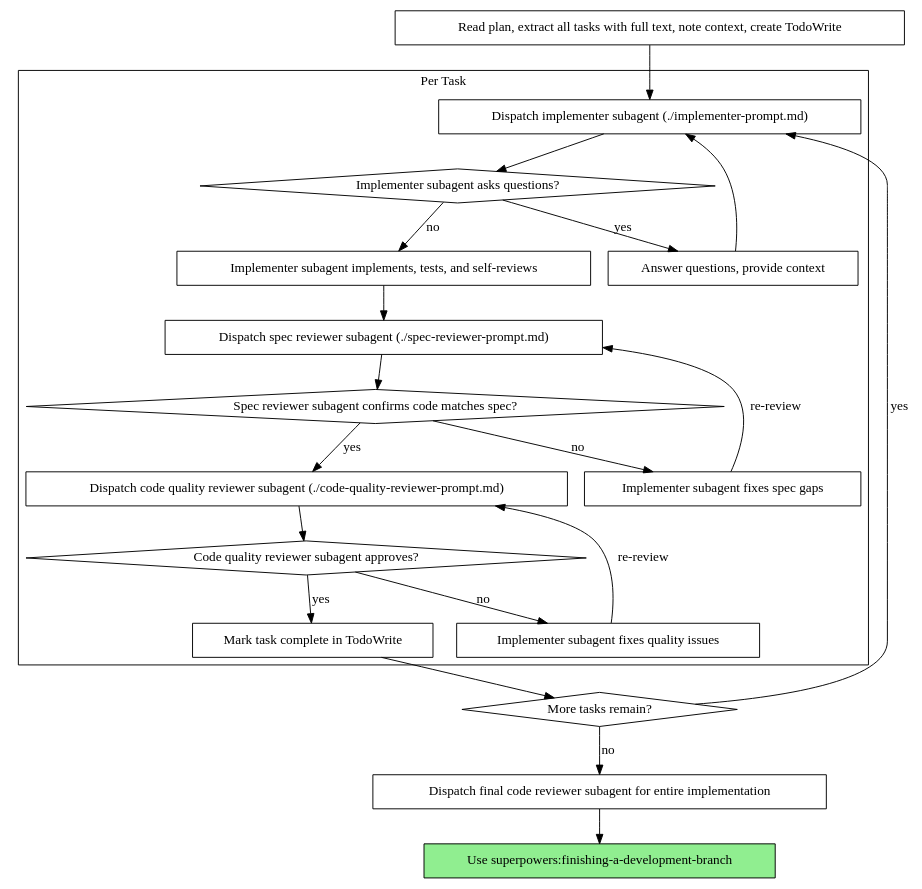
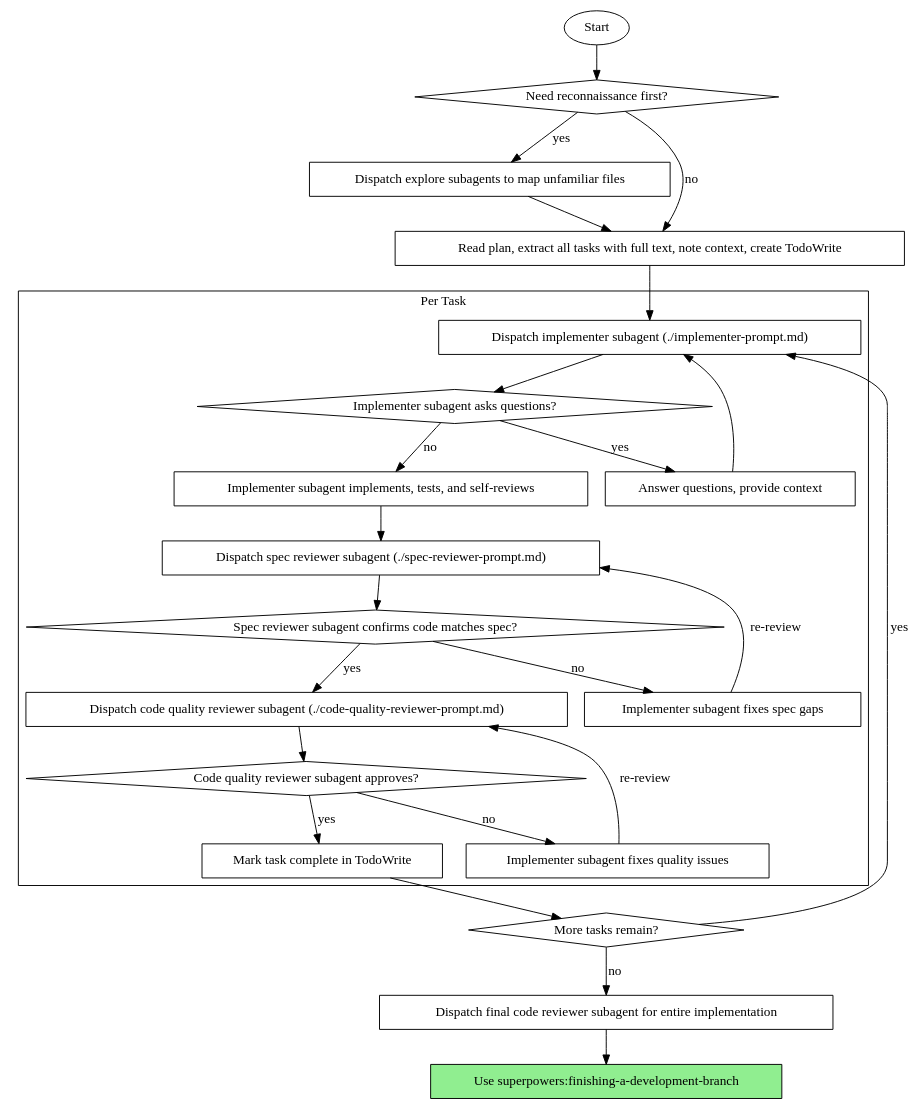
The second of 2 diagrams in skills/subagent-driven-development/SKILL.md (obra/superpowers), drawn with Graphviz before and after one commit. The commit also changed other lines of this file and 10 other files, not shown here.

````diff
--- a/skills/subagent-driven-development/SKILL.md
+++ b/skills/subagent-driven-development/SKILL.md
@@ -42,44 +47,51 @@
 ```dot
 digraph process {
     rankdir=TB;
+    "Start" [shape=ellipse];
 
     subgraph cluster_per_task {
         label="Per Task";
         "Dispatch implementer subagent (./implementer-prompt.md)" [shape=box];
         "Implementer subagent asks questions?" [shape=diamond];
         "Answer questions, provide context" [shape=box];
       "Implementer subagent implements, tests, and self-reviews" [shape=box];
         "Dispatch spec reviewer subagent (./spec-reviewer-prompt.md)" [shape=box];
         "Spec reviewer subagent confirms code matches spec?" [shape=diamond];
         "Implementer subagent fixes spec gaps" [shape=box];
         "Dispatch code quality reviewer subagent (./code-quality-reviewer-prompt.md)" [shape=box];
         "Code quality reviewer subagent approves?" [shape=diamond];
         "Implementer subagent fixes quality issues" [shape=box];
         "Mark task complete in TodoWrite" [shape=box];
     }
 
+    "Need reconnaissance first?" [shape=diamond];
+    "Dispatch explore subagents to map unfamiliar files" [shape=box];
     "Read plan, extract all tasks with full text, note context, create TodoWrite" [shape=box];
     "More tasks remain?" [shape=diamond];
     "Dispatch final code reviewer subagent for entire implementation" [shape=box];
     "Use superpowers:finishing-a-development-branch" [shape=box style=filled fillcolor=lightgreen];
 
+    "Start" -> "Need reconnaissance first?";
+    "Need reconnaissance first?" -> "Dispatch explore subagents to map unfamiliar files" [label="yes"];
+    "Need reconnaissance first?" -> "Read plan, extract all tasks with full text, note context, create TodoWrite" [label="no"];
+    "Dispatch explore subagents to map unfamiliar files" -> "Read plan, extract all tasks with full text, note context, create TodoWrite";
     "Read plan, extract all tasks with full text, note context, create TodoWrite" -> "Dispatch implementer subagent (./implementer-prompt.md)";
     "Dispatch implementer subagent (./implementer-prompt.md)" -> "Implementer subagent asks questions?";
     "Implementer subagent asks questions?" -> "Answer questions, provide context" [label="yes"];
     "Answer questions, provide context" -> "Dispatch implementer subagent (./implementer-prompt.md)";
     "Implementer subagent asks questions?" -> "Implementer subagent implements, tests, and self-reviews" [label="no"];
     "Implementer subagent implements, tests, and self-reviews" -> "Dispatch spec reviewer subagent (./spec-reviewer-prompt.md)";
     "Dispatch spec reviewer subagent (./spec-reviewer-prompt.md)" -> "Spec reviewer subagent confirms code matches spec?";
     "Spec reviewer subagent confirms code matches spec?" -> "Implementer subagent fixes spec gaps" [label="no"];
     "Implementer subagent fixes spec gaps" -> "Dispatch spec reviewer subagent (./spec-reviewer-prompt.md)" [label="re-review"];
     "Spec reviewer subagent confirms code matches spec?" -> "Dispatch code quality reviewer subagent (./code-quality-reviewer-prompt.md)" [label="yes"];
     "Dispatch code quality reviewer subagent (./code-quality-reviewer-prompt.md)" -> "Code quality reviewer subagent approves?";
     "Code quality reviewer subagent approves?" -> "Implementer subagent fixes quality issues" [label="no"];
     "Implementer subagent fixes quality issues" -> "Dispatch code quality reviewer subagent (./code-quality-reviewer-prompt.md)" [label="re-review"];
     "Code quality reviewer subagent approves?" -> "Mark task complete in TodoWrite" [label="yes"];
     "Mark task complete in TodoWrite" -> "More tasks remain?";
     "More tasks remain?" -> "Dispatch implementer subagent (./implementer-prompt.md)" [label="yes"];
     "More tasks remain?" -> "Dispatch final code reviewer subagent for entire implementation" [label="no"];
     "Dispatch final code reviewer subagent for entire implementation" -> "Use superpowers:finishing-a-development-branch";
 }
 ```
````
